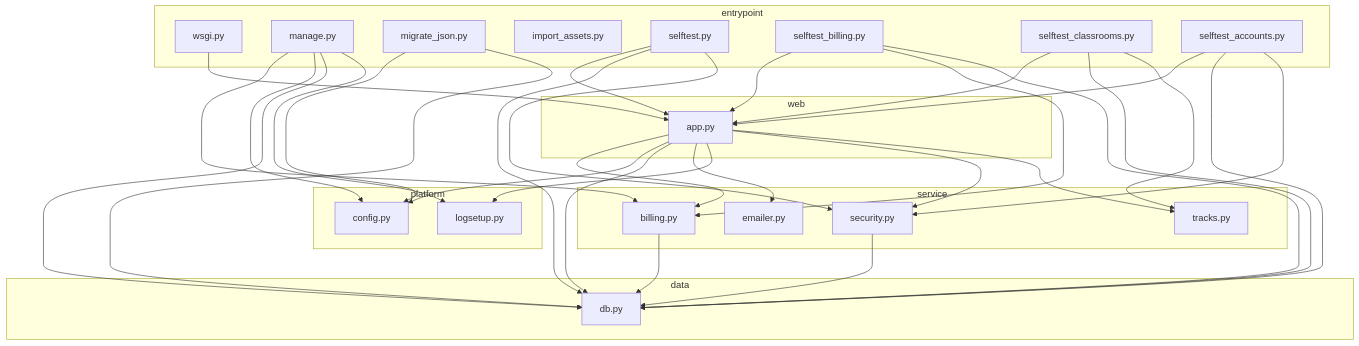
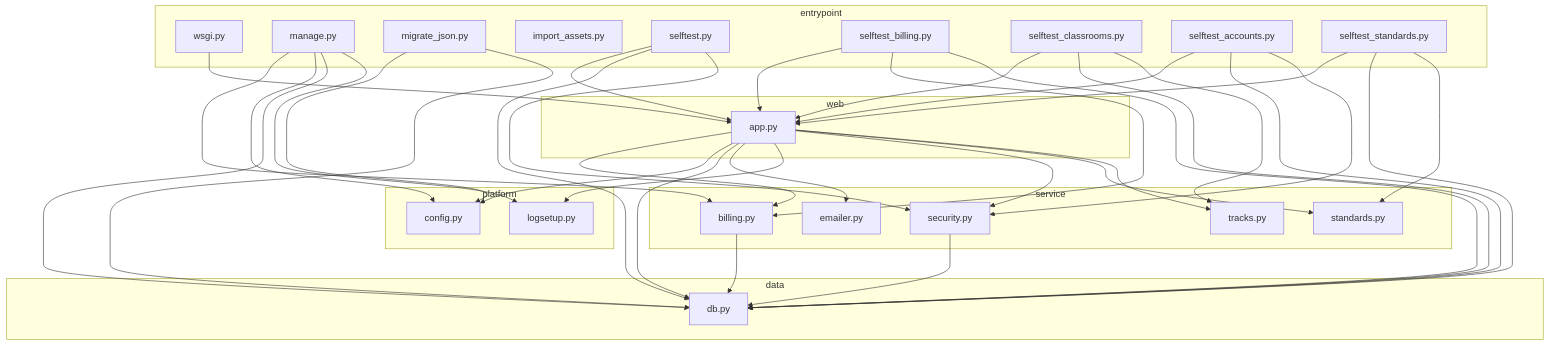
One commit to shry9735/Book-Trial-Thing changed the diagram in docs/CALLGRAPH.md. Above: the diagram before and after it, drawn with Mermaid. The commit also changed other lines of this file and 27 other files, not shown here.

````diff
--- a/docs/CALLGRAPH.md
+++ b/docs/CALLGRAPH.md
@@ -18,57 +18,63 @@
 ```mermaid
 graph TD
     subgraph L0["entrypoint"]
         wsgi["wsgi.py"]
         manage["manage.py"]
         migrate_json["migrate_json.py"]
         import_assets["import_assets.py"]
         selftest["selftest.py"]
         selftest_billing["selftest_billing.py"]
         selftest_classrooms["selftest_classrooms.py"]
         selftest_accounts["selftest_accounts.py"]
+        selftest_standards["selftest_standards.py"]
     end
     subgraph L1["web"]
         app["app.py"]
     end
     subgraph L2["service"]
         billing["billing.py"]
         security["security.py"]
         emailer["emailer.py"]
         tracks["tracks.py"]
+        standards["standards.py"]
     end
     subgraph L3["data"]
         db["db.py"]
     end
     subgraph L4["platform"]
         config["config.py"]
         logsetup["logsetup.py"]
     end
     app --> billing
     app --> config
     app --> db
     app --> emailer
     app --> logsetup
     app --> security
+    app --> standards
     app --> tracks
     billing --> db
     manage --> billing
     manage --> config
     manage --> db
     manage --> logsetup
     migrate_json --> config
     migrate_json --> db
     security --> db
     selftest --> app
     selftest --> db
     selftest --> security
     selftest_accounts --> app
     selftest_accounts --> db
     selftest_accounts --> security
     selftest_billing --> app
     selftest_billing --> billing
     selftest_billing --> db
     selftest_classrooms --> app
     selftest_classrooms --> db
     selftest_classrooms --> tracks
+    selftest_standards --> app
+    selftest_standards --> db
+    selftest_standards --> standards
     wsgi --> app
 ```
````
